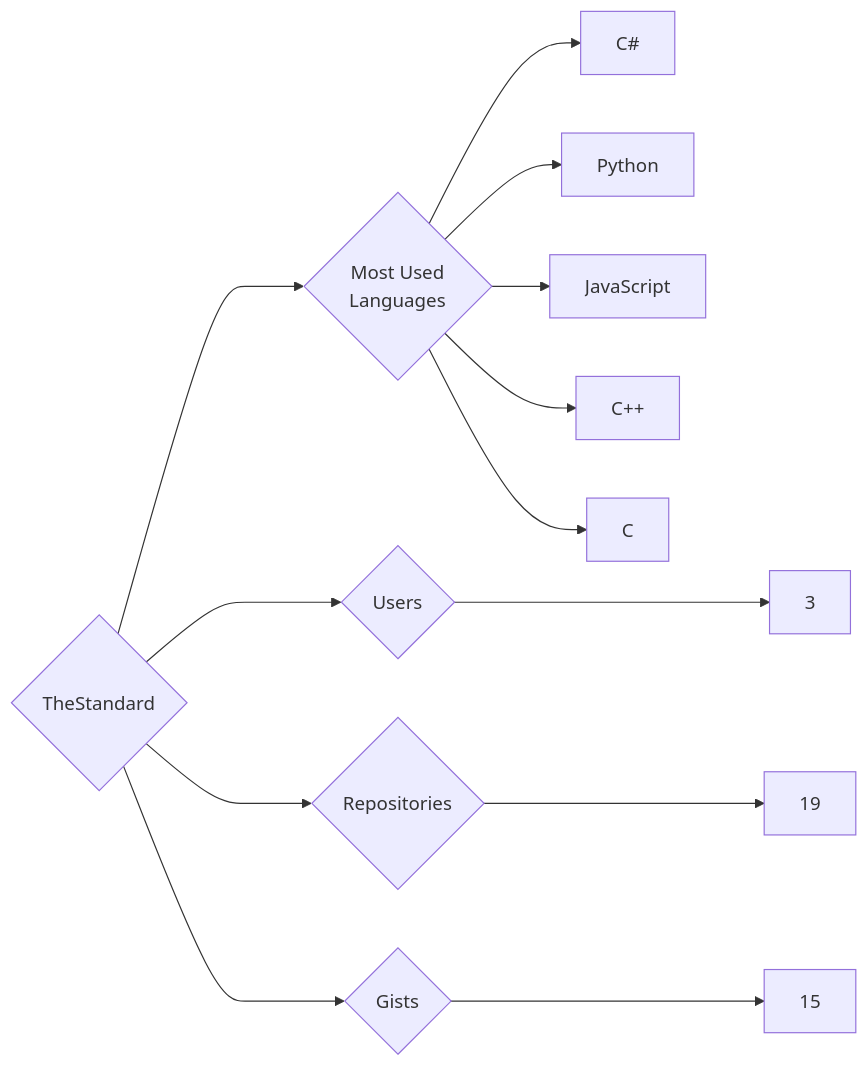
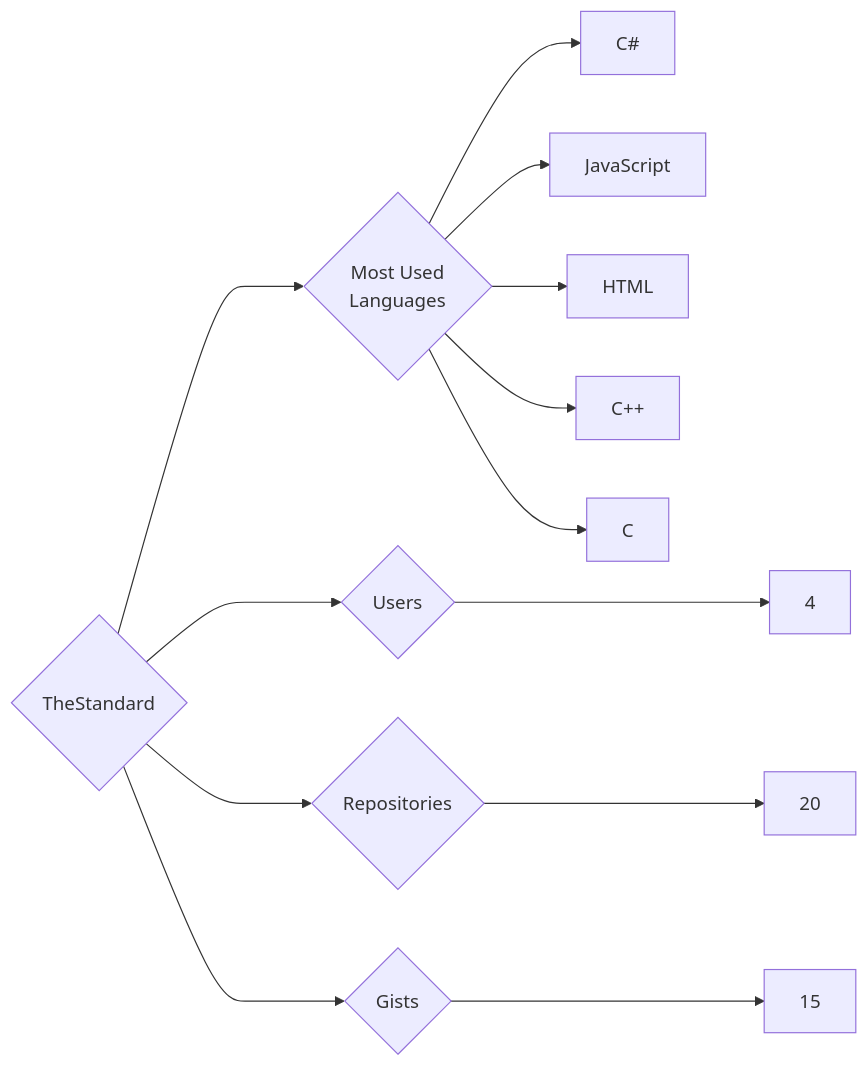
Before and after one commit to trickest/insiders: the diagram in targets/TheStandard/README.md, drawn with Mermaid. The commit also changed 1496 other files, not shown here.

````diff
--- a/targets/TheStandard/README.md
+++ b/targets/TheStandard/README.md
@@ -3,13 +3,13 @@
 ```mermaid
 graph LR
 COMPANY_NAME{TheStandard}
-COMPANY_NAME ---> U{Users} ---> UN[3]
-COMPANY_NAME ---> R{Repositories} ---> RN[19]
+COMPANY_NAME ---> U{Users} ---> UN[4]
+COMPANY_NAME ---> R{Repositories} ---> RN[20]
 COMPANY_NAME ---> G{Gists} ---> GN[15]
 COMPANY_NAME ---> ML{Most Used<br>Languages}
 ML --> C#[C#]
-ML --> Python[Python]
 ML --> JavaScript[JavaScript]
+ML --> HTML[HTML]
 ML --> C++[C++]
 ML --> C[C]
 ```
````
